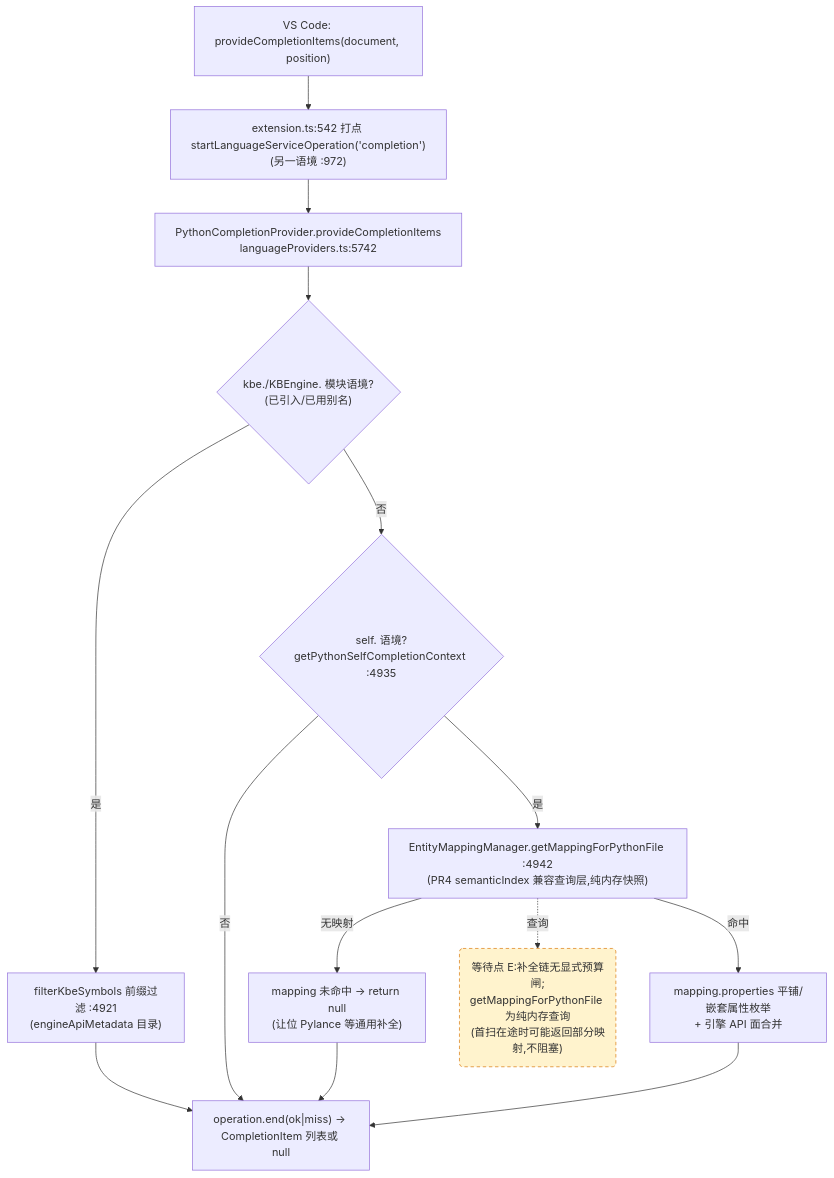
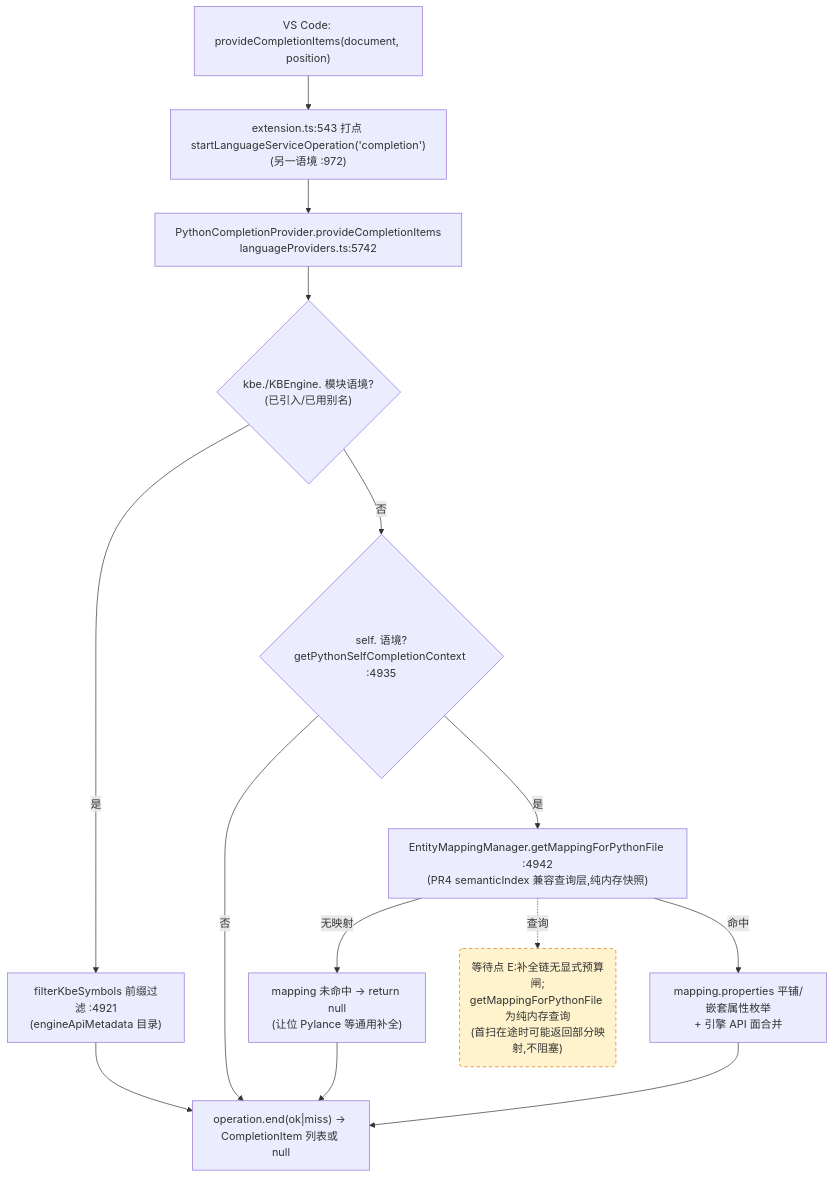
The third of 4 diagrams in docs/perf/2026-baseline.md (cuihairu/kode), drawn with Mermaid before and after one commit. The commit also changed other lines of this file and 7 other files, not shown here.

````diff
--- a/docs/perf/2026-baseline.md
+++ b/docs/perf/2026-baseline.md
@@ -184,27 +184,27 @@
 ```mermaid
 flowchart TD
   VC3["VS Code: provideCompletionItems(document, position)"]
-  M3["extension.ts:542 打点 startLanguageServiceOperation('completion')<br/>(另一语境 :972)"]
+  M3["extension.ts:543 打点 startLanguageServiceOperation('completion')<br/>(另一语境 :972)"]
   CP["PythonCompletionProvider.provideCompletionItems<br/>languageProviders.ts:5742"]
   KBEC{"kbe./KBEngine. 模块语境?<br/>(已引入/已用别名)"}
   FILTER["filterKbeSymbols 前缀过滤 :4921<br/>(engineApiMetadata 目录)"]
   SELFC{"self. 语境?<br/>getPythonSelfCompletionContext :4935"}
   MAP["EntityMappingManager.getMappingForPythonFile :4942<br/>(PR4 semanticIndex 兼容查询层,纯内存快照)"]
   NOMAP["mapping 未命中 → return null<br/>(让位 Pylance 等通用补全)"]
   PROPS["mapping.properties 平铺/嵌套属性枚举<br/>+ 引擎 API 面合并"]
   END3["operation.end(ok|miss) → CompletionItem 列表或 null"]
 
   VC3 --> M3 --> CP --> KBEC
   KBEC -- "是" --> FILTER --> END3
   KBEC -- "否" --> SELFC
   SELFC -- "否" --> END3
   SELFC -- "是" --> MAP
   MAP -- "无映射" --> NOMAP --> END3
   MAP -- "命中" --> PROPS --> END3
 
   WAITE("等待点 E:补全链无显式预算闸;<br/>getMappingForPythonFile 为纯内存查询<br/>(首扫在途时可能返回部分映射,不阻塞)")
   MAP -.->|查询| WAITE
 
   classDef waitPoint fill:#fff3cd,stroke:#d97706,stroke-dasharray:5 4;
   class WAITE waitPoint;
 ```
````
